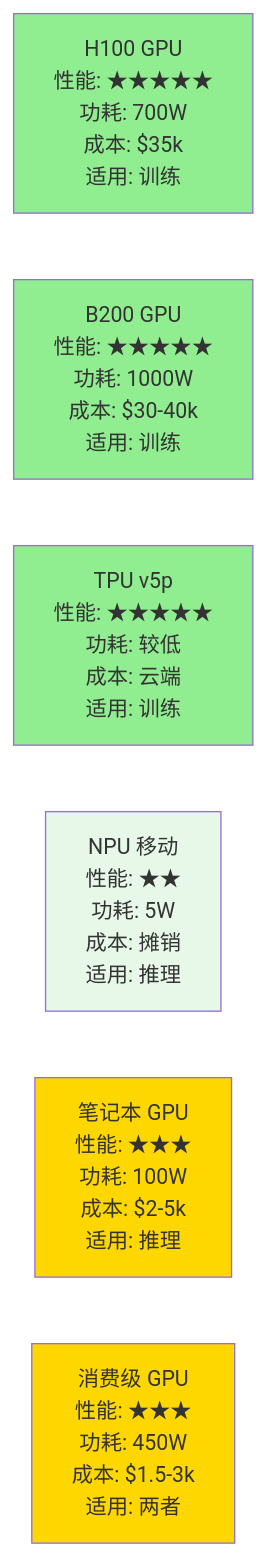
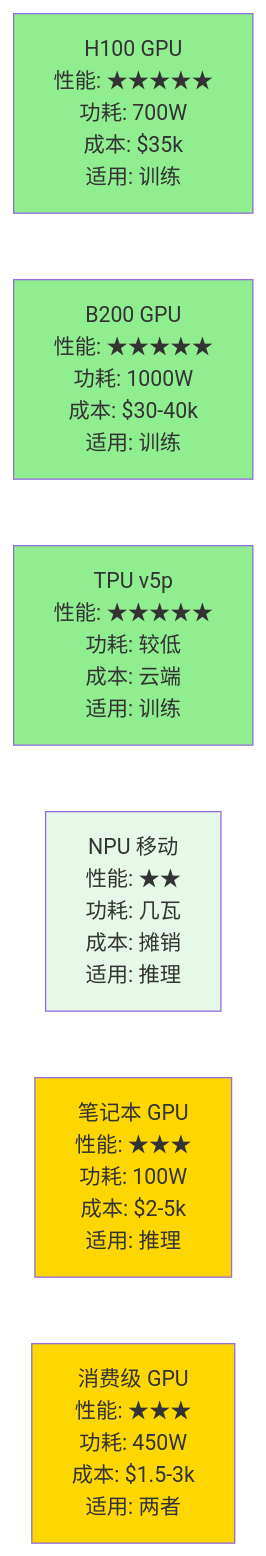
One commit to yeasy/ai_beginner_guide changed the diagram in 16_ai_hardware_quantum/16.1_ai_chips.md. Above: the diagram before and after it, drawn with Mermaid. The commit also changed other lines of this file and 34 other files, not shown here.

````diff
--- a/16_ai_hardware_quantum/16.1_ai_chips.md
+++ b/16_ai_hardware_quantum/16.1_ai_chips.md
@@ -170,21 +170,21 @@
 ```mermaid
 graph LR
     A["H100 GPU<br/>性能: ★★★★★<br/>功耗: 700W<br/>成本: $35k<br/>适用: 训练"]
 
     B["B200 GPU<br/>性能: ★★★★★<br/>功耗: 1000W<br/>成本: $30-40k<br/>适用: 训练"]
 
     C["TPU v5p<br/>性能: ★★★★★<br/>功耗: 较低<br/>成本: 云端<br/>适用: 训练"]
 
-    D["NPU 移动<br/>性能: ★★<br/>功耗: 5W<br/>成本: 摊销<br/>适用: 推理"]
+    D["NPU 移动<br/>性能: ★★<br/>功耗: 几瓦<br/>成本: 摊销<br/>适用: 推理"]
 
     E["笔记本 GPU<br/>性能: ★★★<br/>功耗: 100W<br/>成本: $2-5k<br/>适用: 推理"]
 
     F["消费级 GPU<br/>性能: ★★★<br/>功耗: 450W<br/>成本: $1.5-3k<br/>适用: 两者"]
 
     style A fill:#90EE90
     style B fill:#90EE90
     style C fill:#90EE90
     style D fill:#E8F8E8
     style E fill:#FFD700
     style F fill:#FFD700
 ```
````
